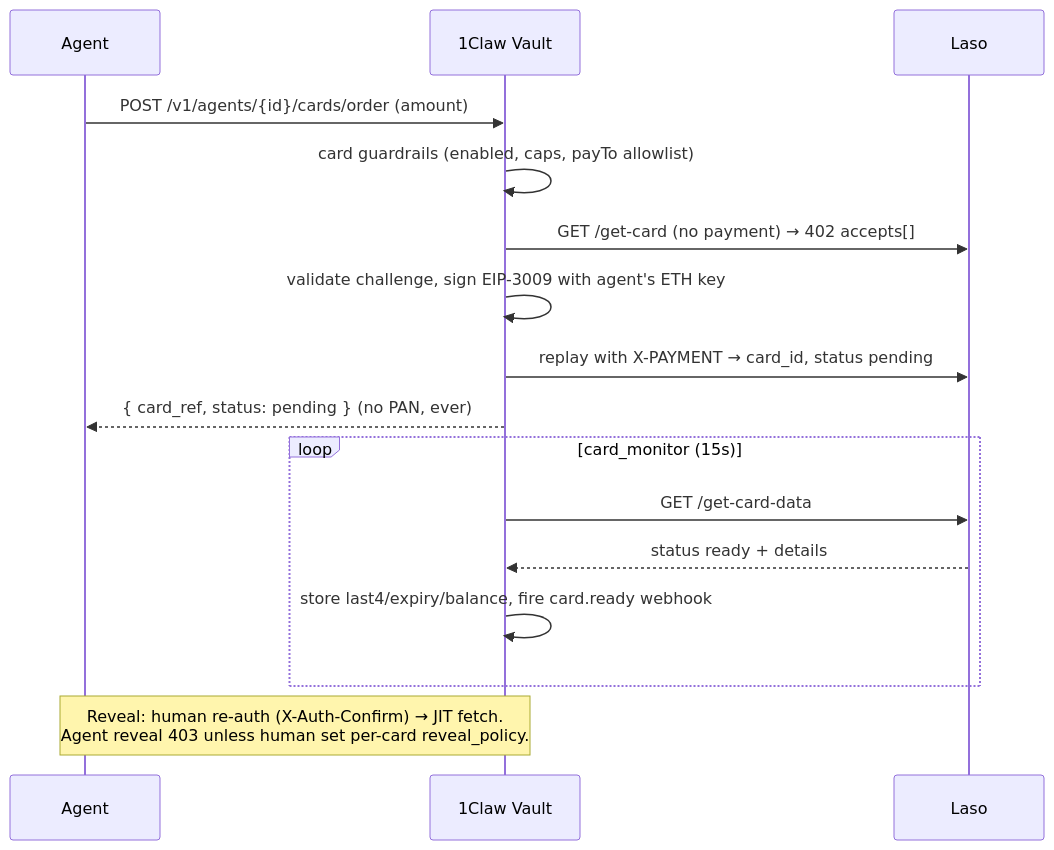
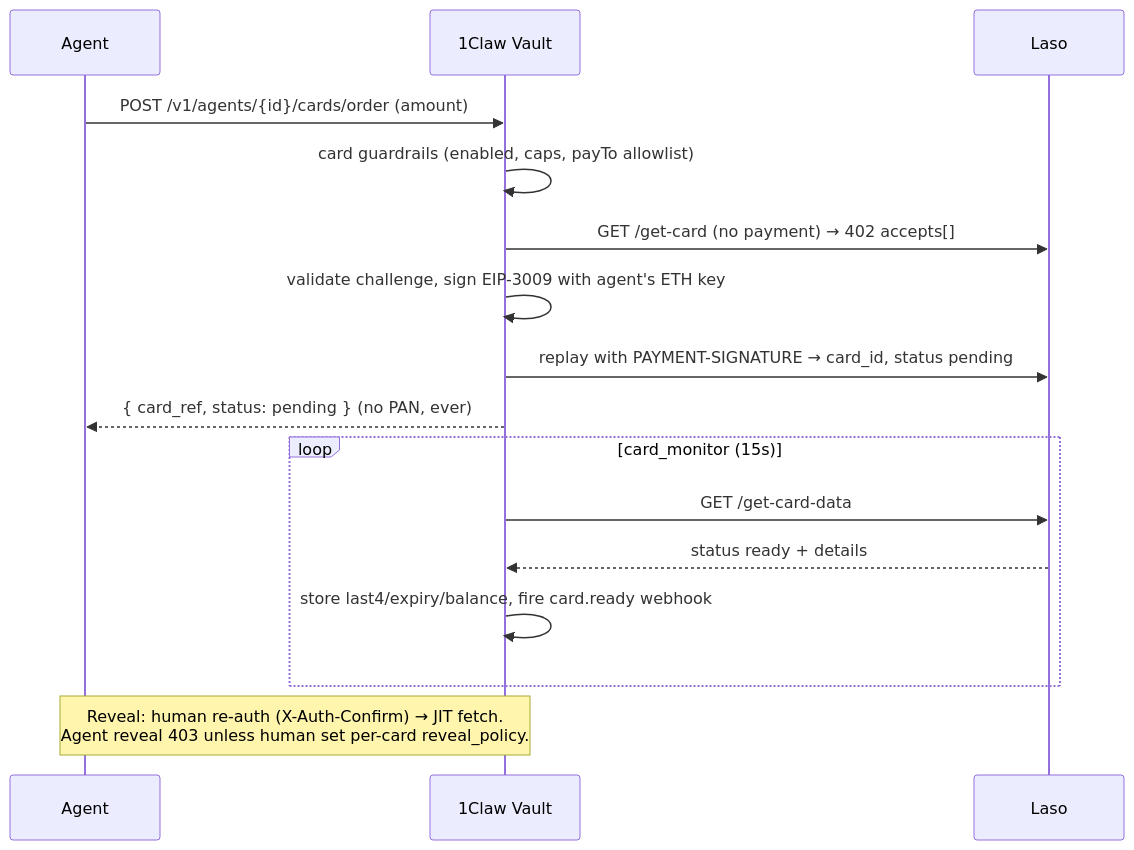
Before and after one commit to 1clawAI/1claw-docs: the diagram in docs/guides/payment-cards.md, drawn with Mermaid. The commit also changed 1 other file, not shown here.

Commit message:
fix: enable Mermaid diagrams for sequence diagram rendering
Add @docusaurus/theme-mermaid to themes config and enable
markdown.mermaid. Update payment-cards diagram to use
PAYMENT-SIGNATURE (x402 v2 header name).

````diff
--- a/docs/guides/payment-cards.md
+++ b/docs/guides/payment-cards.md
@@ -22,18 +22,18 @@
 ```mermaid
 sequenceDiagram
     participant Agent
     participant Vault as 1Claw Vault
     participant Laso
     Agent->>Vault: POST /v1/agents/{id}/cards/order (amount)
     Vault->>Vault: card guardrails (enabled, caps, payTo allowlist)
     Vault->>Laso: GET /get-card (no payment) → 402 accepts[]
     Vault->>Vault: validate challenge, sign EIP-3009 with agent's ETH key
-    Vault->>Laso: replay with X-PAYMENT → card_id, status pending
+    Vault->>Laso: replay with PAYMENT-SIGNATURE → card_id, status pending
     Vault-->>Agent: { card_ref, status: pending }  (no PAN, ever)
     loop card_monitor (15s)
         Vault->>Laso: GET /get-card-data
         Laso-->>Vault: status ready + details
         Vault->>Vault: store last4/expiry/balance, fire card.ready webhook
     end
     Note over Agent,Vault: Reveal: human re-auth (X-Auth-Confirm) → JIT fetch.<br/>Agent reveal 403 unless human set per-card reveal_policy.
 ```
````
